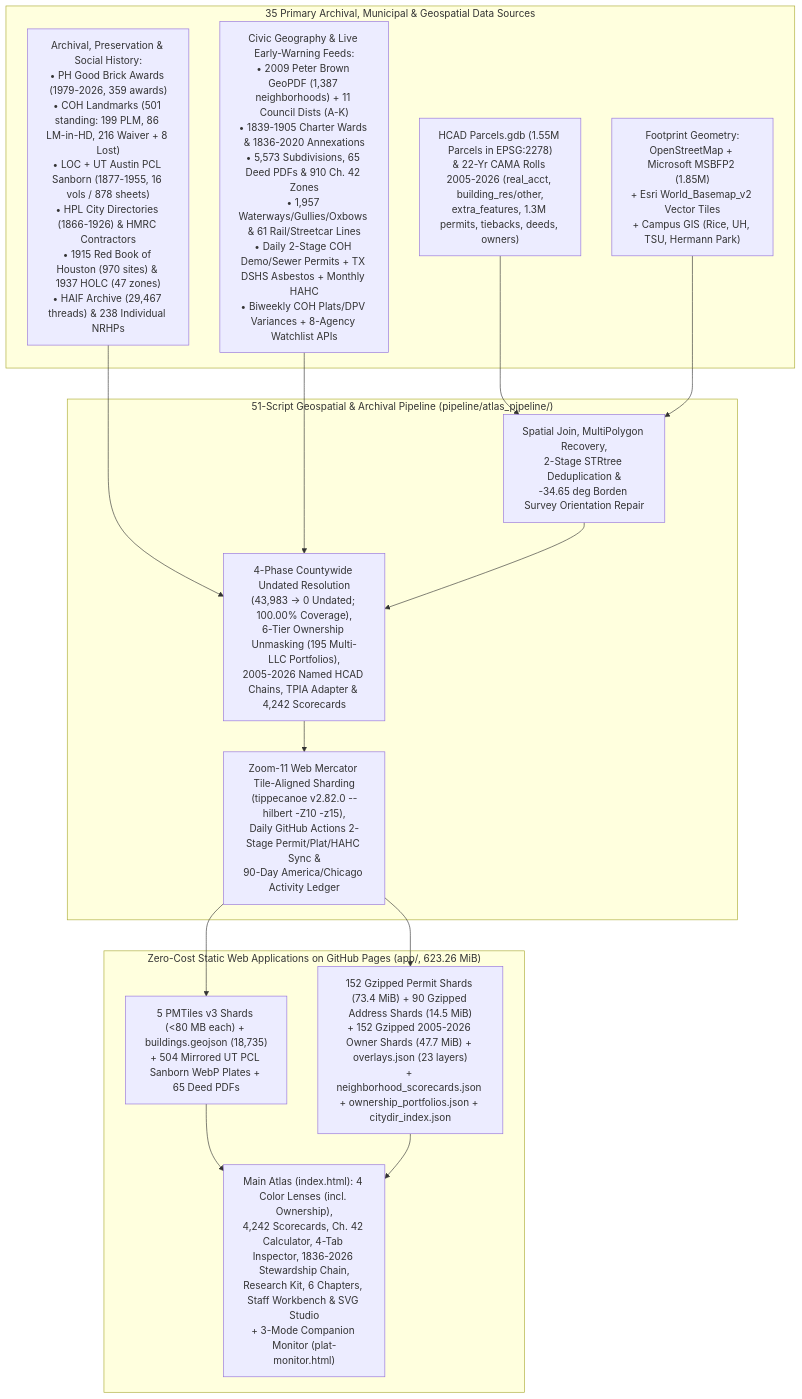
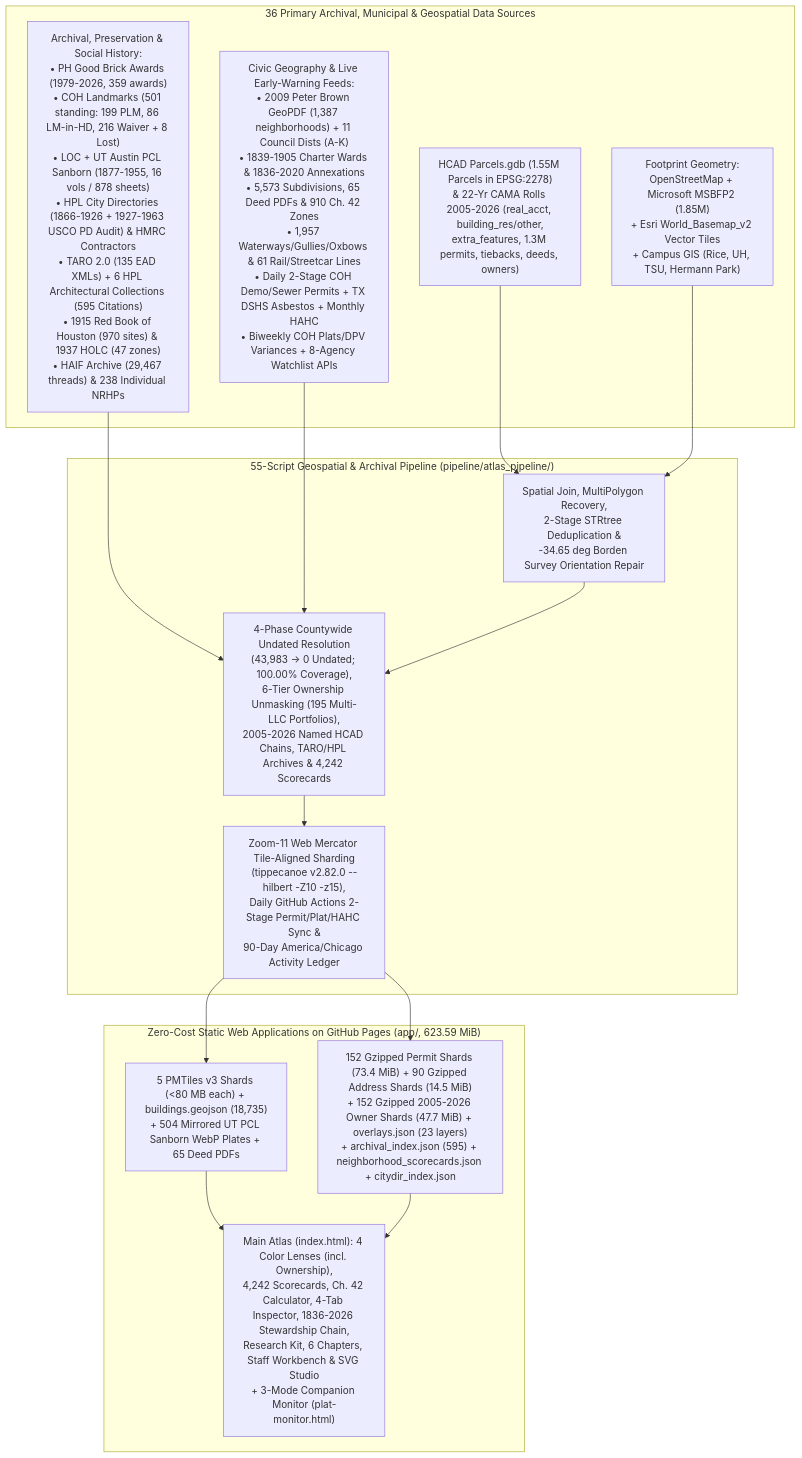
The diagram in README.md (davemorris-gcp/houston-building-atlas), drawn with Mermaid before and after one commit. The commit also changed other lines of this file and 44 other files, not shown here.

````diff
--- a/README.md
+++ b/README.md
@@ -19,26 +19,26 @@
 ```mermaid
 flowchart TD
-    subgraph Sources["35 Primary Archival, Municipal & Geospatial Data Sources"]
+    subgraph Sources["36 Primary Archival, Municipal & Geospatial Data Sources"]
         S1["HCAD Parcels.gdb (1.55M Parcels in EPSG:2278)\n& 22-Yr CAMA Rolls 2005-2026 (real_acct, building_res/other,\nextra_features, 1.3M permits, tiebacks, deeds, owners)"]
         S2["Footprint Geometry:\nOpenStreetMap + Microsoft MSBFP2 (1.85M)\n+ Esri World_Basemap_v2 Vector Tiles\n+ Campus GIS (Rice, UH, TSU, Hermann Park)"]
-        S3["Archival, Preservation & Social History:\n• PH Good Brick Awards (1979-2026, 359 awards)\n• COH Landmarks (501 standing: 199 PLM, 86 LM-in-HD, 216 Waiver + 8 Lost)\n• LOC + UT Austin PCL Sanborn (1877-1955, 16 vols / 878 sheets)\n• HPL City Directories (1866-1926) & HMRC Contractors\n• 1915 Red Book of Houston (970 sites) & 1937 HOLC (47 zones)\n• HAIF Archive (29,467 threads) & 238 Individual NRHPs"]
+        S3["Archival, Preservation & Social History:\n• PH Good Brick Awards (1979-2026, 359 awards)\n• COH Landmarks (501 standing: 199 PLM, 86 LM-in-HD, 216 Waiver + 8 Lost)\n• LOC + UT Austin PCL Sanborn (1877-1955, 16 vols / 878 sheets)\n• HPL City Directories (1866-1926 + 1927-1963 USCO PD Audit) & HMRC Contractors\n• TARO 2.0 (135 EAD XMLs) + 6 HPL Architectural Collections (595 Citations)\n• 1915 Red Book of Houston (970 sites) & 1937 HOLC (47 zones)\n• HAIF Archive (29,467 threads) & 238 Individual NRHPs"]
         S4["Civic Geography & Live Early-Warning Feeds:\n• 2009 Peter Brown GeoPDF (1,387 neighborhoods) + 11 Council Dists (A-K)\n• 1839-1905 Charter Wards & 1836-2020 Annexations\n• 5,573 Subdivisions, 65 Deed PDFs & 910 Ch. 42 Zones\n• 1,957 Waterways/Gullies/Oxbows & 61 Rail/Streetcar Lines\n• Daily 2-Stage COH Demo/Sewer Permits + TX DSHS Asbestos + Monthly HAHC\n• Biweekly COH Plats/DPV Variances + 8-Agency Watchlist APIs"]
     end
 
-    subgraph Pipeline["51-Script Geospatial & Archival Pipeline (pipeline/atlas_pipeline/)"]
+    subgraph Pipeline["55-Script Geospatial & Archival Pipeline (pipeline/atlas_pipeline/)"]
         P1["Spatial Join, MultiPolygon Recovery,\n2-Stage STRtree Deduplication &\n-34.65 deg Borden Survey Orientation Repair"]
-        P2["4-Phase Countywide Undated Resolution\n(43,983 -> 0 Undated; 100.00% Coverage),\n6-Tier Ownership Unmasking (195 Multi-LLC Portfolios),\n2005-2026 Named HCAD Chains, TPIA Adapter & 4,242 Scorecards"]
+        P2["4-Phase Countywide Undated Resolution\n(43,983 -> 0 Undated; 100.00% Coverage),\n6-Tier Ownership Unmasking (195 Multi-LLC Portfolios),\n2005-2026 Named HCAD Chains, TARO/HPL Archives & 4,242 Scorecards"]
         P3["Zoom-11 Web Mercator Tile-Aligned Sharding\n(tippecanoe v2.82.0 --hilbert -Z10 -z15),\nDaily GitHub Actions 2-Stage Permit/Plat/HAHC Sync &\n90-Day America/Chicago Activity Ledger"]
     end
 
-    subgraph App["Zero-Cost Static Web Applications on GitHub Pages (app/, 623.26 MiB)"]
+    subgraph App["Zero-Cost Static Web Applications on GitHub Pages (app/, 623.59 MiB)"]
         A1["5 PMTiles v3 Shards (<80 MB each) + buildings.geojson (18,735)\n+ 504 Mirrored UT PCL Sanborn WebP Plates + 65 Deed PDFs"]
-        A2["152 Gzipped Permit Shards (73.4 MiB) + 90 Gzipped Address Shards (14.5 MiB)\n+ 152 Gzipped 2005-2026 Owner Shards (47.7 MiB) + overlays.json (23 layers)\n+ neighborhood_scorecards.json + ownership_portfolios.json + citydir_index.json"]
+        A2["152 Gzipped Permit Shards (73.4 MiB) + 90 Gzipped Address Shards (14.5 MiB)\n+ 152 Gzipped 2005-2026 Owner Shards (47.7 MiB) + overlays.json (23 layers)\n+ archival_index.json (595) + neighborhood_scorecards.json + citydir_index.json"]
         A3["Main Atlas (index.html): 4 Color Lenses (incl. Ownership),\n4,242 Scorecards, Ch. 42 Calculator, 4-Tab Inspector, 1836-2026 Stewardship Chain,\nResearch Kit, 6 Chapters, Staff Workbench & SVG Studio\n+ 3-Mode Companion Monitor (plat-monitor.html)"]
     end
 
     S1 & S2 --> P1
     S3 & S4 --> P2
     P1 --> P2 --> P3
     P3 --> A1 & A2 --> A3
 ```
````
